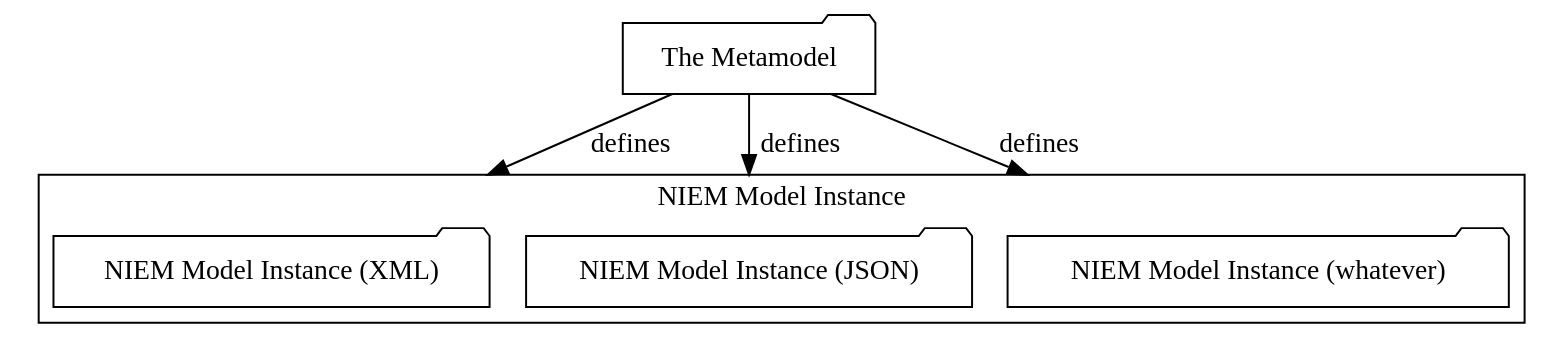
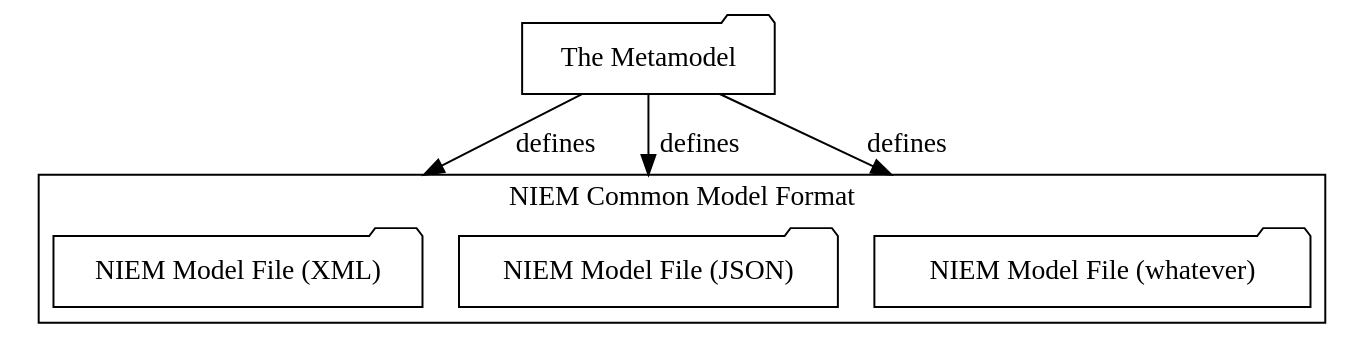
Before and after one commit to NIEM/NIEM-Metamodel: the diagram in Intro to NIEM Model Instances/diagrams/terminology_brief.dot, drawn with Graphviz. The commit also changed 6 other files, not shown here.

```diff
--- a/Intro to NIEM Model Instances/diagrams/terminology_brief.dot
+++ b/Intro to NIEM Model Instances/diagrams/terminology_brief.dot
@@ -1,21 +1,21 @@
 digraph specs {
 
 compound=true;
 
 	metamodel[label="The Metamodel", shape="folder"];
 
 	subgraph cluster0 {
 	
-		label="NIEM Model Instance";
+		label="NIEM Common Model Format";
 	
-		nmix[label="NIEM Model Instance (XML)", shape="folder"];
-		nmij[label="NIEM Model Instance (JSON)", shape="folder"];
-		nmiw[label="NIEM Model Instance (whatever)", shape="folder"];
+		nmix[label="NIEM Model File (XML)", shape="folder"];
+		nmij[label="NIEM Model File (JSON)", shape="folder"];
+		nmiw[label="NIEM Model File (whatever)", shape="folder"];
 
 	}
 
 	metamodel -> nmix[lhead="cluster0", label="defines"];
 	metamodel -> nmij[lhead="cluster0", label="defines"];
 	metamodel -> nmiw[lhead="cluster0", label="defines"];
 
 }
```
